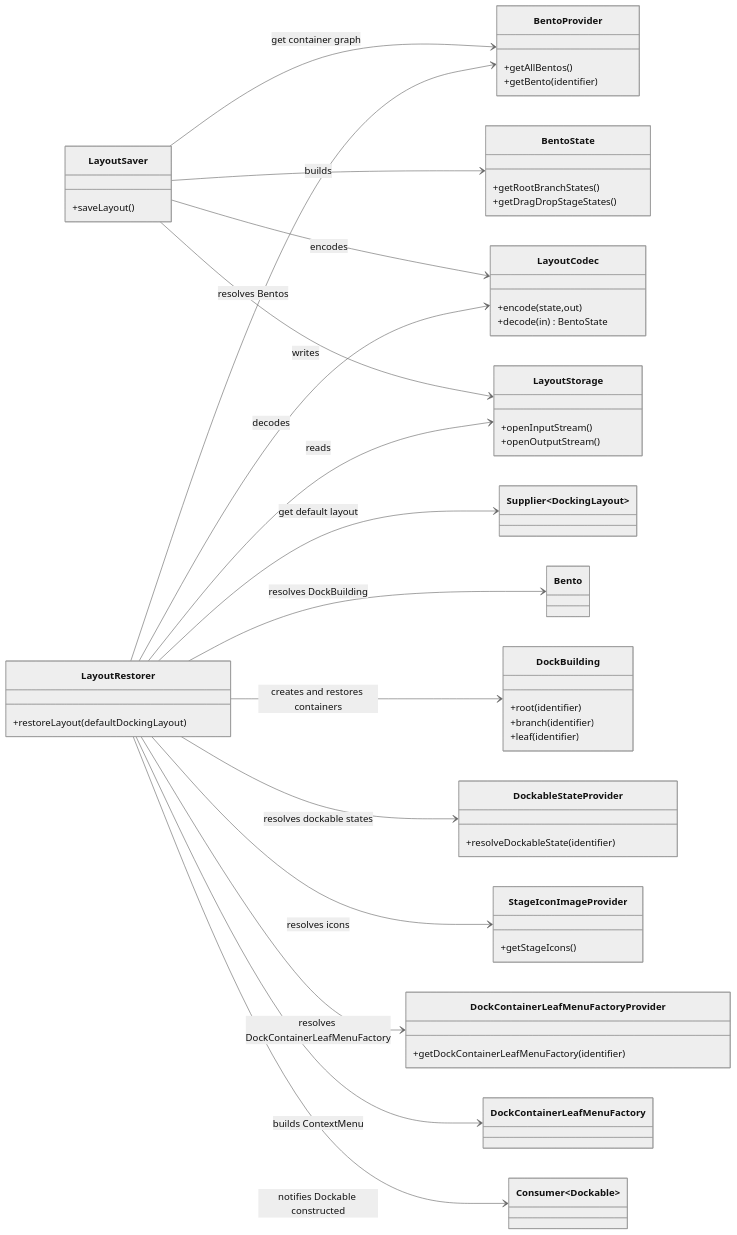
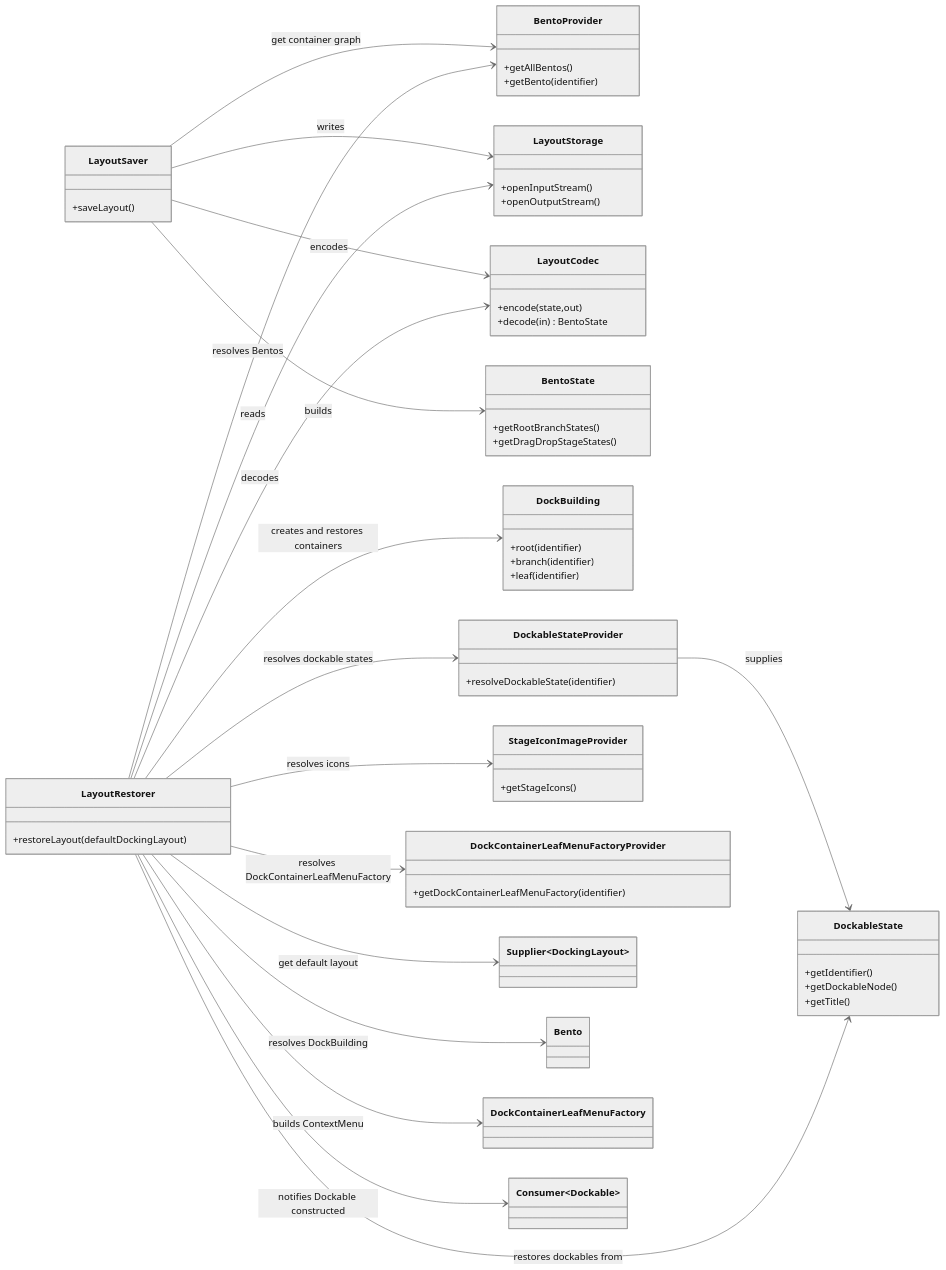
One commit to philliplbryant/BentoFX changed the first of 3 diagrams in docs/persistence/docking-layout-persistence-diagrams.md. Above: the diagram before and after it, drawn with Mermaid (neutral theme). The commit also changed other lines of this file and 2 other files, not shown here.

Commit message:
BENTO-13: * Documentation updated.

````diff
--- a/docs/persistence/docking-layout-persistence-diagrams.md
+++ b/docs/persistence/docking-layout-persistence-diagrams.md
@@ -5,67 +8,75 @@
 ```mermaid
 classDiagram
   direction LR
 
   class LayoutSaver {
     +saveLayout()
   }
 
   class LayoutRestorer {
     +restoreLayout(defaultDockingLayout)
   }
   
   class BentoProvider {
       +getAllBentos()
       +getBento(identifier)
   }
 
   class LayoutStorage {
     +openInputStream()
     +openOutputStream()
   }
 
   class LayoutCodec {
     +encode(state,out)
     +decode(in) BentoState
   }
 
   class BentoState {
     +getRootBranchStates()
     +getDragDropStageStates()
   }
 
   class DockBuilding {
     +root(identifier)
     +branch(identifier)
     +leaf(identifier)
   }
 
   class DockableStateProvider {
     +resolveDockableState(identifier)
   }
+
+  class DockableState {
+    +getIdentifier()
+    +getDockableNode()
+    +getTitle()
+  }
   
   class StageIconImageProvider {
       +getStageIcons()
   }
   
   class DockContainerLeafMenuFactoryProvider {
       +getDockContainerLeafMenuFactory(identifier)
   }
   
   LayoutSaver --> BentoProvider : get container graph
   LayoutSaver --> BentoState : builds
   LayoutSaver --> LayoutCodec : encodes
   LayoutSaver --> LayoutStorage : writes
 
   LayoutRestorer --> Supplier~DockingLayout~ : get default layout
   LayoutRestorer --> LayoutStorage : reads
   LayoutRestorer --> LayoutCodec : decodes
   LayoutRestorer --> BentoProvider : resolves Bentos
   LayoutRestorer --> Bento : resolves DockBuilding
   LayoutRestorer --> DockBuilding : creates and restores containers
   LayoutRestorer --> DockableStateProvider : resolves dockable states
+  DockableStateProvider --> DockableState : supplies
+  LayoutRestorer --> DockableState : restores dockables from
   LayoutRestorer --> StageIconImageProvider: resolves icons
   LayoutRestorer --> DockContainerLeafMenuFactoryProvider: resolves DockContainerLeafMenuFactory
   LayoutRestorer --> DockContainerLeafMenuFactory: builds ContextMenu
   LayoutRestorer --> Consumer~Dockable~ : notifies Dockable constructed
 ```
````
